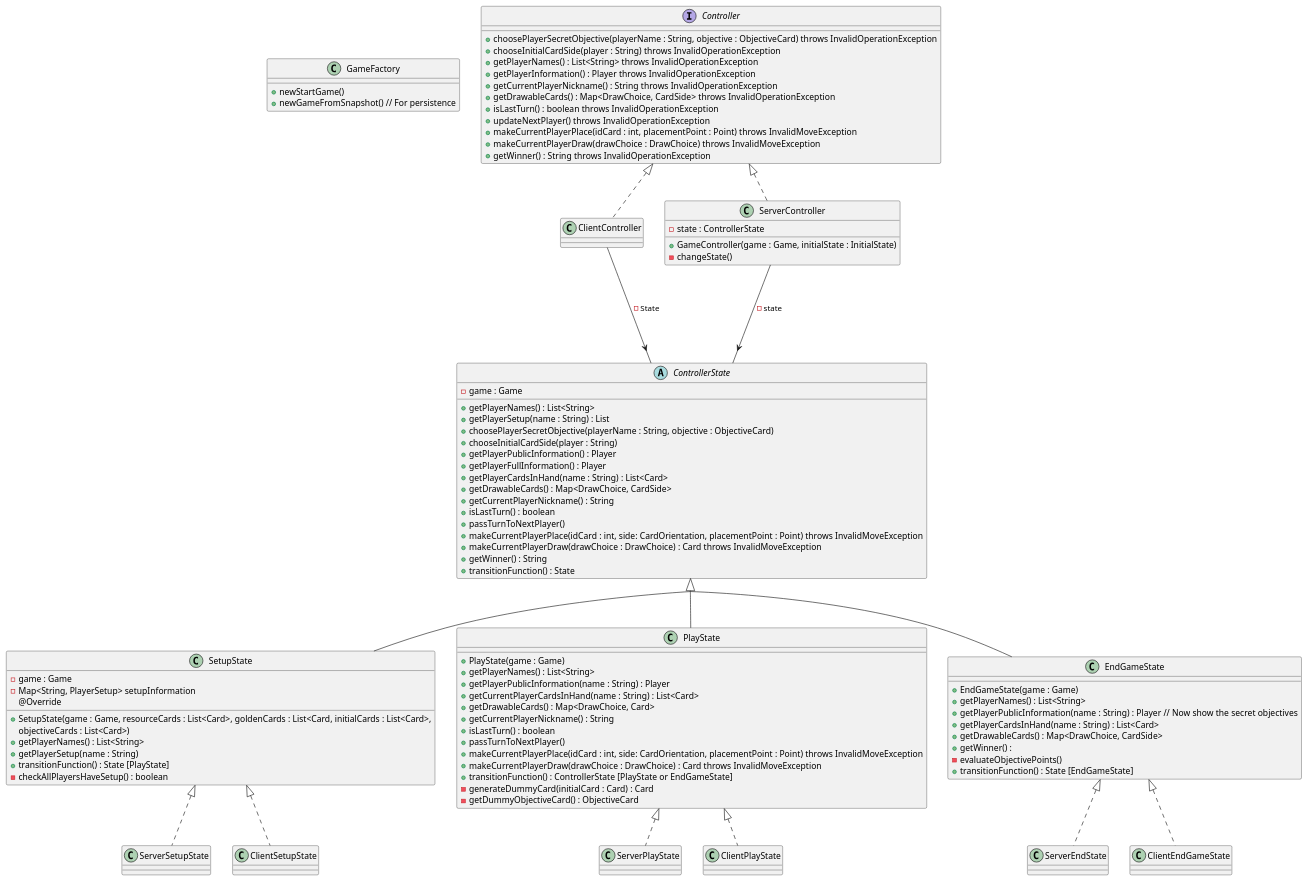
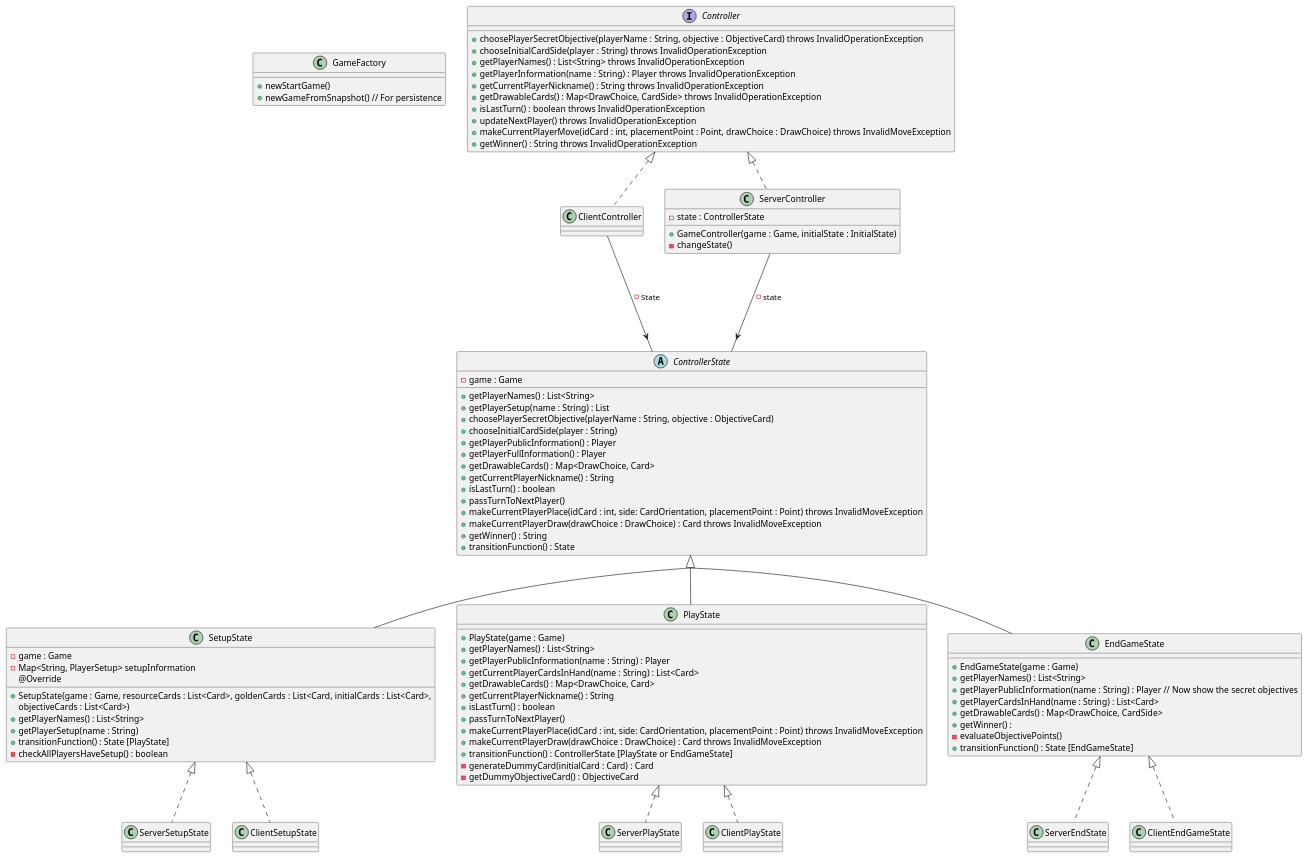
Before and after one commit to LucaLeonx/ing-sw-2024-Leonzio-Lanza-LaGioia-Mauro: the diagram in CodexNaturalis/docs/uml/client-server/controller.puml, drawn with PlantUML. The commit also changed 2 other files, not shown here.

```diff
--- a/CodexNaturalis/docs/uml/client-server/controller.puml
+++ b/CodexNaturalis/docs/uml/client-server/controller.puml
@@ -1,105 +1,103 @@
 @startuml
 skinparam groupinheritance 3
 
 class GameFactory {
     + newStartGame()
     + newGameFromSnapshot() // For persistence
 }
 
 'exported to RMI. Maybe can be abstract class
 interface Controller {
     + choosePlayerSecretObjective(playerName : String, objective : ObjectiveCard) throws InvalidOperationException
     + chooseInitialCardSide(player : String) throws InvalidOperationException
     + getPlayerNames() : List<String> throws InvalidOperationException
-    + getPlayerInformation() : Player throws InvalidOperationException
+    + getPlayerInformation(name : String) : Player throws InvalidOperationException
     + getCurrentPlayerNickname() : String throws InvalidOperationException
     + getDrawableCards() : Map<DrawChoice, CardSide> throws InvalidOperationException
     + isLastTurn() : boolean throws InvalidOperationException
     + updateNextPlayer() throws InvalidOperationException
-    + makeCurrentPlayerPlace(idCard : int, placementPoint : Point) throws InvalidMoveException
-    + makeCurrentPlayerDraw(drawChoice : DrawChoice) throws InvalidMoveException
+    + makeCurrentPlayerMove(idCard : int, placementPoint : Point, drawChoice : DrawChoice) throws InvalidMoveException
     + getWinner() : String throws InvalidOperationException
 }
 
 class ClientController implements Controller {
 }
 
 'IMPORTANT: Make CardFactory work on Decks as singletons (load them from disk once)
 class ServerController implements Controller{
     - state : ControllerState
     + GameController(game : Game, initialState : InitialState)
     - changeState()
 }
 
 
 abstract class ControllerState {
     - game : Game
     + getPlayerNames() : List<String>
     + getPlayerSetup(name : String) : List
     + choosePlayerSecretObjective(playerName : String, objective : ObjectiveCard)
     + chooseInitialCardSide(player : String)
     + getPlayerPublicInformation() : Player
     + getPlayerFullInformation() : Player
-    + getPlayerCardsInHand(name : String) : List<Card>
-    + getDrawableCards() : Map<DrawChoice, CardSide>
+    + getDrawableCards() : Map<DrawChoice, Card>
     + getCurrentPlayerNickname() : String
     + isLastTurn() : boolean
     + passTurnToNextPlayer()
     + makeCurrentPlayerPlace(idCard : int, side: CardOrientation, placementPoint : Point) throws InvalidMoveException
     + makeCurrentPlayerDraw(drawChoice : DrawChoice) : Card throws InvalidMoveException
     + getWinner() : String
     + transitionFunction() : State
 }
 
 class SetupState implements ControllerState {
      - game : Game
      - Map<String, PlayerSetup> setupInformation
      + SetupState(game : Game, resourceCards : List<Card>, goldenCards : List<Card, initialCards : List<Card>,
      objectiveCards : List<Card>)
      @Override
      + getPlayerNames() : List<String>
      + getPlayerSetup(name : String)
      + transitionFunction() : State [PlayState]
      - checkAllPlayersHaveSetup() : boolean
 }
 
 class PlayState implements ControllerState {
     + PlayState(game : Game)
     + getPlayerNames() : List<String>
     + getPlayerPublicInformation(name : String) : Player
     + getCurrentPlayerCardsInHand(name : String) : List<Card>
     + getDrawableCards() : Map<DrawChoice, Card>
     + getCurrentPlayerNickname() : String
     + isLastTurn() : boolean
     + passTurnToNextPlayer()
     + makeCurrentPlayerPlace(idCard : int, side: CardOrientation, placementPoint : Point) throws InvalidMoveException
     + makeCurrentPlayerDraw(drawChoice : DrawChoice) : Card throws InvalidMoveException
     + transitionFunction() : ControllerState [PlayState or EndGameState]
     - generateDummyCard(initialCard : Card) : Card
     - getDummyObjectiveCard() : ObjectiveCard
 }
 
 class EndGameState implements ControllerState {
     + EndGameState(game : Game)
     + getPlayerNames() : List<String>
     + getPlayerPublicInformation(name : String) : Player // Now show the secret objectives
     + getPlayerCardsInHand(name : String) : List<Card>
     + getDrawableCards() : Map<DrawChoice, CardSide>
     + getWinner() :
     - evaluateObjectivePoints()
     + transitionFunction() : State [EndGameState]
 }
 
 
 class ServerSetupState implements SetupState
 class ServerPlayState implements PlayState
 class ServerEndState implements EndGameState
 class ClientSetupState implements SetupState
 class ClientPlayState implements PlayState
 class ClientEndGameState implements EndGameState
 
 ServerController -down--> ControllerState : - state
 ClientController -down--> ControllerState : - State
 
 
 @enduml
```
